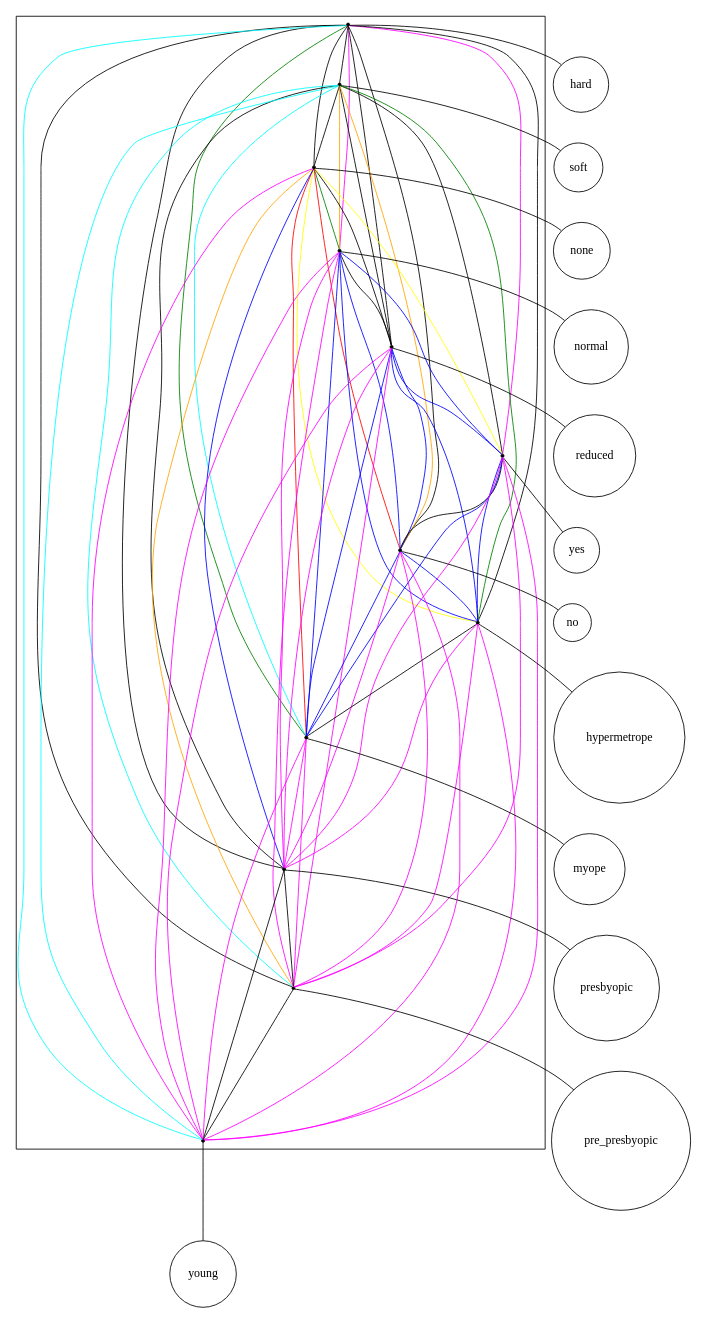
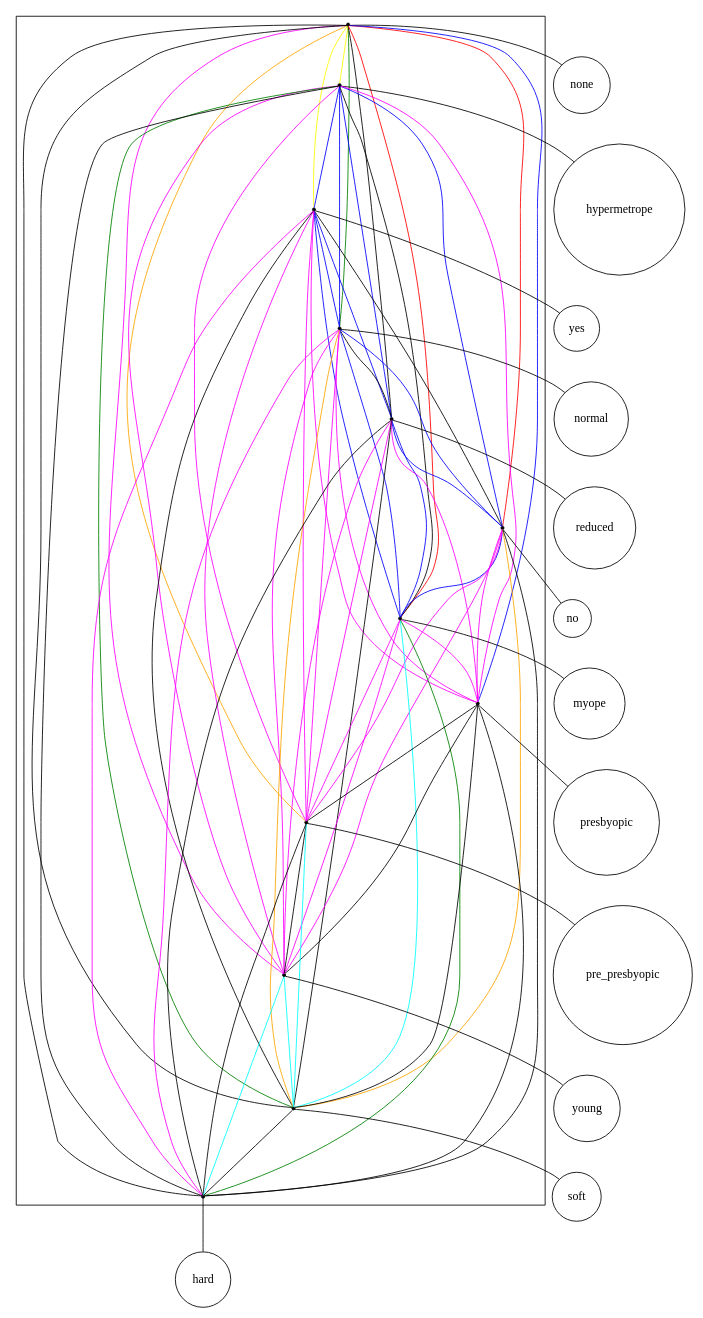
One commit to lrodrin/TFG changed the diagram in src/final/linear_2-structure.dot. Above: the diagram before and after it, drawn with Graphviz. The commit also changed 11 other files, not shown here.

Commit message:
primer pas per a crear els graphs frequents si es necessita

```diff
--- a/src/final/linear_2-structure.dot
+++ b/src/final/linear_2-structure.dot
@@ -1,101 +1,101 @@
 strict digraph "linear_2-structure" {
 compound=true;
 fontname=Verdana;
 fontsize=12;
 newrank=true;
 node [shape=circle];
-hard;
-soft;
 none;
+hypermetrope;
+yes;
 normal;
 reduced;
-yes;
 no;
-hypermetrope;
 myope;
 presbyopic;
 pre_presbyopic;
 young;
-subgraph cluster_softnononemyopeyounghypermetropenormalpre_presbyopicpresbyopicyesreducedhard {
+soft;
+hard;
+subgraph cluster_hardyesnoyoungreducedpre_presbyopicsoftnormalpresbyopicnonehypermetropemyope {
 node [shape=point];
-s_hard -> s_soft  [color=black, arrowhead=none];
-s_hard -> s_none  [color=black, arrowhead=none];
-s_hard -> s_normal  [color=magenta, arrowhead=none];
-s_hard -> s_reduced  [color=black, arrowhead=none];
-s_hard -> s_yes  [color=magenta, arrowhead=none];
-s_hard -> s_no  [color=black, arrowhead=none];
-s_hard -> s_hypermetrope  [color=black, arrowhead=none];
-s_hard -> s_myope  [color=green, arrowhead=none];
-s_hard -> s_presbyopic  [color=black, arrowhead=none];
-s_hard -> s_pre_presbyopic  [color=black, arrowhead=none];
-s_hard -> s_young  [color=cyan, arrowhead=none];
-s_soft -> s_none  [color=black, arrowhead=none];
-s_soft -> s_normal  [color=orange, arrowhead=none];
-s_soft -> s_reduced  [color=black, arrowhead=none];
-s_soft -> s_yes  [color=black, arrowhead=none];
-s_soft -> s_no  [color=orange, arrowhead=none];
-s_soft -> s_hypermetrope  [color=green, arrowhead=none];
-s_soft -> s_myope  [color=cyan, arrowhead=none];
-s_soft -> s_presbyopic  [color=black, arrowhead=none];
-s_soft -> s_pre_presbyopic  [color=cyan, arrowhead=none];
-s_soft -> s_young  [color=cyan, arrowhead=none];
+s_none -> s_hypermetrope  [color=yellow, arrowhead=none];
+s_none -> s_yes  [color=yellow, arrowhead=none];
 s_none -> s_normal  [color=green, arrowhead=none];
 s_none -> s_reduced  [color=black, arrowhead=none];
-s_none -> s_yes  [color=yellow, arrowhead=none];
 s_none -> s_no  [color=red, arrowhead=none];
-s_none -> s_hypermetrope  [color=yellow, arrowhead=none];
 s_none -> s_myope  [color=red, arrowhead=none];
 s_none -> s_presbyopic  [color=blue, arrowhead=none];
 s_none -> s_pre_presbyopic  [color=orange, arrowhead=none];
 s_none -> s_young  [color=magenta, arrowhead=none];
+s_none -> s_soft  [color=black, arrowhead=none];
+s_none -> s_hard  [color=black, arrowhead=none];
+s_hypermetrope -> s_yes  [color=blue, arrowhead=none];
+s_hypermetrope -> s_normal  [color=blue, arrowhead=none];
+s_hypermetrope -> s_reduced  [color=blue, arrowhead=none];
+s_hypermetrope -> s_no  [color=blue, arrowhead=none];
+s_hypermetrope -> s_myope  [color=black, arrowhead=none];
+s_hypermetrope -> s_presbyopic  [color=magenta, arrowhead=none];
+s_hypermetrope -> s_pre_presbyopic  [color=magenta, arrowhead=none];
+s_hypermetrope -> s_young  [color=magenta, arrowhead=none];
+s_hypermetrope -> s_soft  [color=green, arrowhead=none];
+s_hypermetrope -> s_hard  [color=black, arrowhead=none];
+s_yes -> s_normal  [color=blue, arrowhead=none];
+s_yes -> s_reduced  [color=blue, arrowhead=none];
+s_yes -> s_no  [color=black, arrowhead=none];
+s_yes -> s_myope  [color=blue, arrowhead=none];
+s_yes -> s_presbyopic  [color=magenta, arrowhead=none];
+s_yes -> s_pre_presbyopic  [color=magenta, arrowhead=none];
+s_yes -> s_young  [color=magenta, arrowhead=none];
+s_yes -> s_soft  [color=black, arrowhead=none];
+s_yes -> s_hard  [color=magenta, arrowhead=none];
 s_normal -> s_reduced  [color=black, arrowhead=none];
-s_normal -> s_yes  [color=blue, arrowhead=none];
 s_normal -> s_no  [color=blue, arrowhead=none];
-s_normal -> s_hypermetrope  [color=blue, arrowhead=none];
 s_normal -> s_myope  [color=blue, arrowhead=none];
 s_normal -> s_presbyopic  [color=magenta, arrowhead=none];
 s_normal -> s_pre_presbyopic  [color=magenta, arrowhead=none];
 s_normal -> s_young  [color=magenta, arrowhead=none];
-s_reduced -> s_yes  [color=blue, arrowhead=none];
+s_normal -> s_soft  [color=orange, arrowhead=none];
+s_normal -> s_hard  [color=magenta, arrowhead=none];
 s_reduced -> s_no  [color=blue, arrowhead=none];
-s_reduced -> s_hypermetrope  [color=blue, arrowhead=none];
 s_reduced -> s_myope  [color=blue, arrowhead=none];
 s_reduced -> s_presbyopic  [color=magenta, arrowhead=none];
 s_reduced -> s_pre_presbyopic  [color=magenta, arrowhead=none];
 s_reduced -> s_young  [color=magenta, arrowhead=none];
-s_yes -> s_no  [color=black, arrowhead=none];
-s_yes -> s_hypermetrope  [color=blue, arrowhead=none];
-s_yes -> s_myope  [color=blue, arrowhead=none];
-s_yes -> s_presbyopic  [color=magenta, arrowhead=none];
-s_yes -> s_pre_presbyopic  [color=magenta, arrowhead=none];
-s_yes -> s_young  [color=magenta, arrowhead=none];
-s_no -> s_hypermetrope  [color=blue, arrowhead=none];
+s_reduced -> s_soft  [color=black, arrowhead=none];
+s_reduced -> s_hard  [color=black, arrowhead=none];
 s_no -> s_myope  [color=blue, arrowhead=none];
 s_no -> s_presbyopic  [color=magenta, arrowhead=none];
 s_no -> s_pre_presbyopic  [color=magenta, arrowhead=none];
 s_no -> s_young  [color=magenta, arrowhead=none];
-s_hypermetrope -> s_myope  [color=black, arrowhead=none];
-s_hypermetrope -> s_presbyopic  [color=magenta, arrowhead=none];
-s_hypermetrope -> s_pre_presbyopic  [color=magenta, arrowhead=none];
-s_hypermetrope -> s_young  [color=magenta, arrowhead=none];
+s_no -> s_soft  [color=orange, arrowhead=none];
+s_no -> s_hard  [color=black, arrowhead=none];
 s_myope -> s_presbyopic  [color=magenta, arrowhead=none];
 s_myope -> s_pre_presbyopic  [color=magenta, arrowhead=none];
 s_myope -> s_young  [color=magenta, arrowhead=none];
+s_myope -> s_soft  [color=cyan, arrowhead=none];
+s_myope -> s_hard  [color=green, arrowhead=none];
 s_presbyopic -> s_pre_presbyopic  [color=black, arrowhead=none];
 s_presbyopic -> s_young  [color=black, arrowhead=none];
+s_presbyopic -> s_soft  [color=black, arrowhead=none];
+s_presbyopic -> s_hard  [color=black, arrowhead=none];
 s_pre_presbyopic -> s_young  [color=black, arrowhead=none];
+s_pre_presbyopic -> s_soft  [color=cyan, arrowhead=none];
+s_pre_presbyopic -> s_hard  [color=black, arrowhead=none];
+s_young -> s_soft  [color=cyan, arrowhead=none];
+s_young -> s_hard  [color=cyan, arrowhead=none];
+s_soft -> s_hard  [color=black, arrowhead=none];
 }
 
-s_hard -> hard  [arrowhead=none];
-s_soft -> soft  [arrowhead=none];
 s_none -> none  [arrowhead=none];
+s_hypermetrope -> hypermetrope  [arrowhead=none];
+s_yes -> yes  [arrowhead=none];
 s_normal -> normal  [arrowhead=none];
 s_reduced -> reduced  [arrowhead=none];
-s_yes -> yes  [arrowhead=none];
 s_no -> no  [arrowhead=none];
-s_hypermetrope -> hypermetrope  [arrowhead=none];
 s_myope -> myope  [arrowhead=none];
 s_presbyopic -> presbyopic  [arrowhead=none];
 s_pre_presbyopic -> pre_presbyopic  [arrowhead=none];
 s_young -> young  [arrowhead=none];
+s_soft -> soft  [arrowhead=none];
+s_hard -> hard  [arrowhead=none];
 }
```
